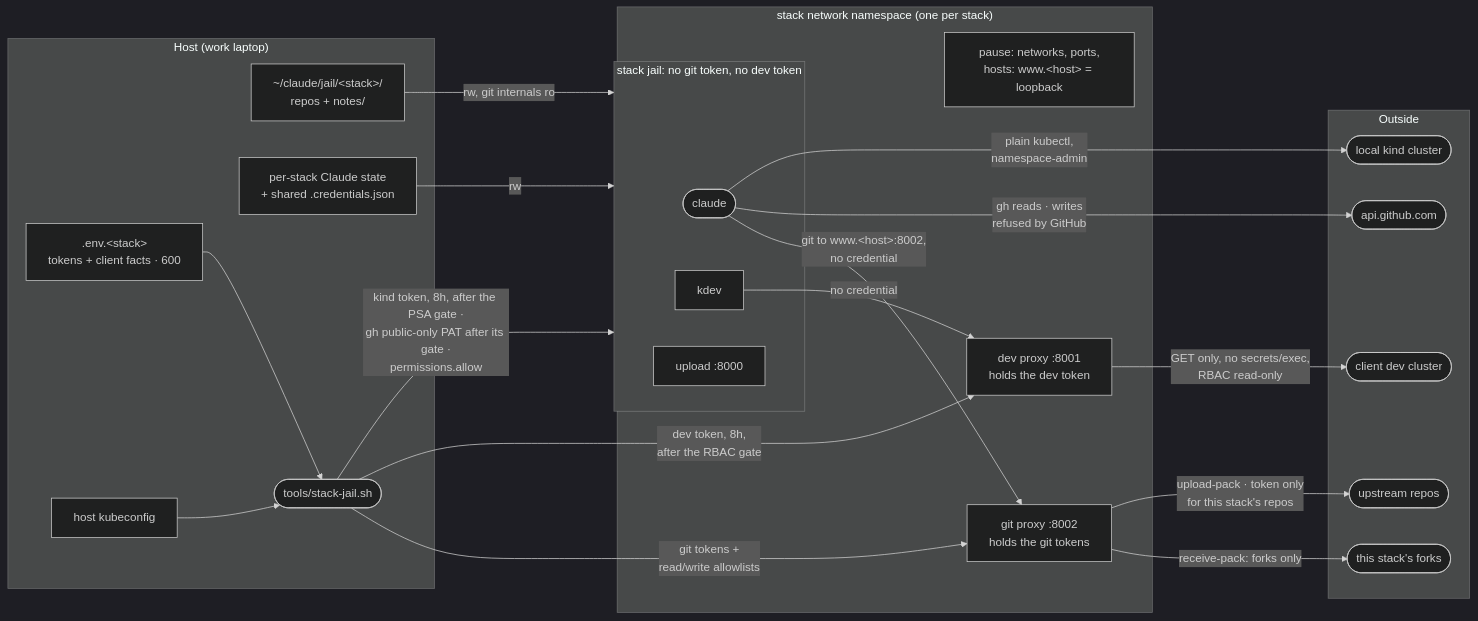
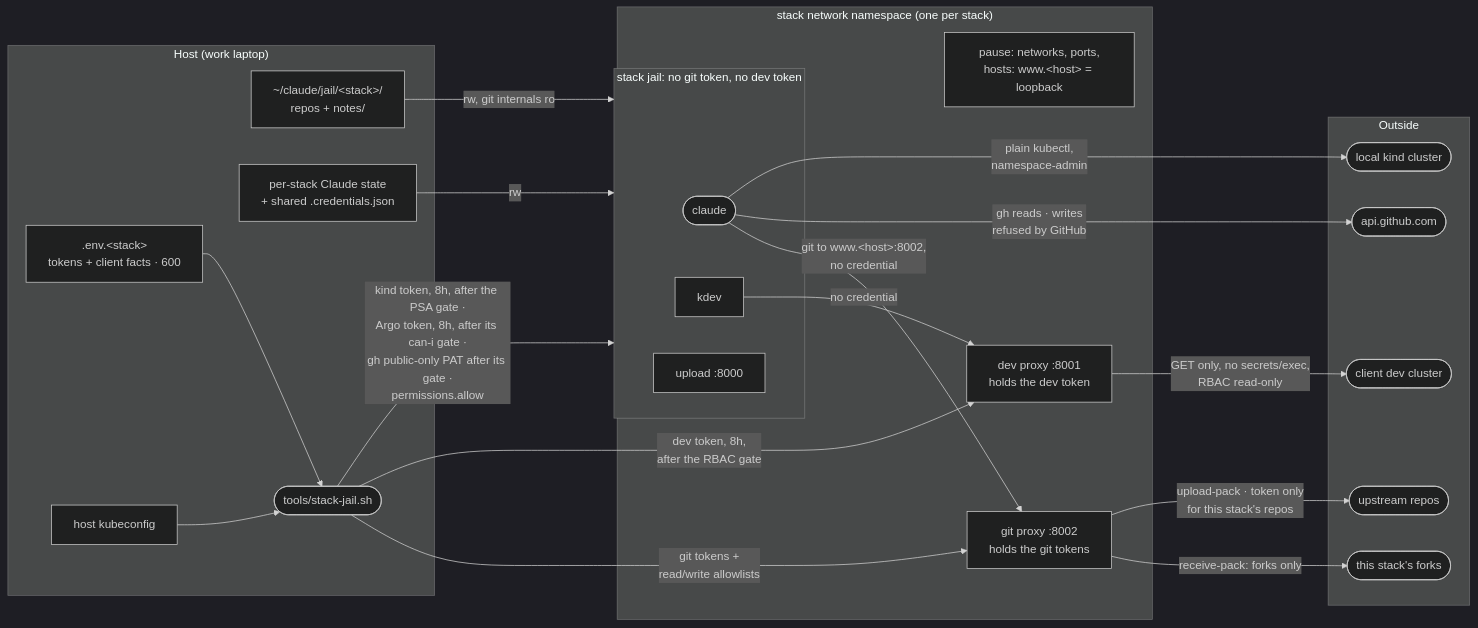
Before and after one commit to RasmusSoot/claude-jail-work: the diagram in docs/security.md, drawn with Mermaid (dark theme). The commit also changed other lines of this file and 17 other files, not shown here.

First line of the commit message:
Launcher: gitdirs trusted by a host-side record, no submodules, one actor per stack; Argo and kind gates hardened

````diff
--- a/docs/security.md
+++ b/docs/security.md
@@ -107,45 +112,45 @@
 ```mermaid
 graph LR
     subgraph host["Host (work laptop)"]
         ENV[".env.#lt;stack#gt;<br/>tokens + client facts · 600"]
         HKUBE["host kubeconfig"]
         WS["~/claude/jail/#lt;stack#gt;/<br/>repos + notes/"]
         STATE["per-stack Claude state<br/>+ shared .credentials.json"]
         LAUNCH(["tools/stack-jail.sh"])
     end
 
     subgraph pod["stack network namespace (one per stack)"]
         PAUSE["pause: networks, ports,<br/>hosts: www.#lt;host#gt; = loopback"]
         subgraph jail["stack jail: no git token, no dev token"]
             SCL(["claude"])
             KDEV["kdev"]
             UP["upload :8000"]
         end
         GP["git proxy :8002<br/>holds the git tokens"]
         DP["dev proxy :8001<br/>holds the dev token"]
     end
 
     subgraph ext["Outside"]
         FORK(["this stack's forks"])
         UPSTREAM(["upstream repos"])
         GHAPI(["api.github.com"])
         KIND(["local kind cluster"])
         DEV(["client dev cluster"])
     end
 
     ENV --> LAUNCH
     HKUBE --> LAUNCH
     LAUNCH -- "git tokens +<br/>read/write allowlists" --> GP
     LAUNCH -- "dev token, 8h,<br/>after the RBAC gate" --> DP
-    LAUNCH -- "kind token, 8h, after the PSA gate ·<br/>gh public-only PAT after its gate ·<br/>permissions.allow" --> jail
+    LAUNCH -- "kind token, 8h, after the PSA gate ·<br/>Argo token, 8h, after its can-i gate ·<br/>gh public-only PAT after its gate ·<br/>permissions.allow" --> jail
     WS -- "rw, git internals ro" --> jail
     STATE -- "rw" --> jail
 
     SCL -- "git to www.#lt;host#gt;:8002,<br/>no credential" --> GP
     GP -- "receive-pack: forks only" --> FORK
     GP -- "upload-pack · token only<br/>for this stack's repos" --> UPSTREAM
     SCL -- "gh reads · writes<br/>refused by GitHub" --> GHAPI
     SCL -- "plain kubectl,<br/>namespace-admin" --> KIND
     KDEV -- "no credential" --> DP
     DP -- "GET only, no secrets/exec,<br/>RBAC read-only" --> DEV
 ```
````
